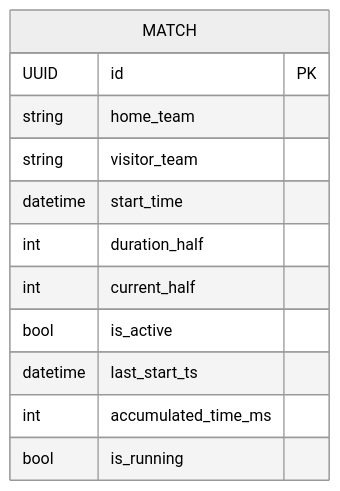
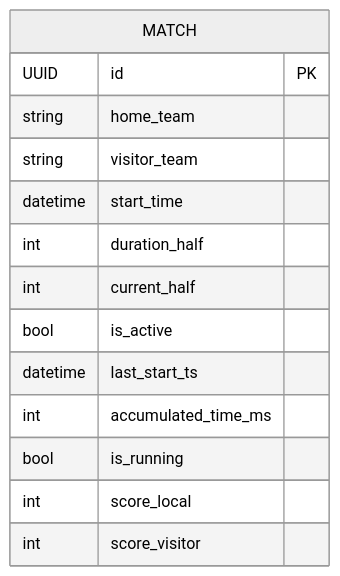
Before and after one commit to dsd17-ua/GAIA-Template: the diagram in specs/DataModel.md, drawn with Mermaid (neutral theme). The commit also changed 14 other files, not shown here.

````diff
--- a/specs/DataModel.md
+++ b/specs/DataModel.md
@@ -5,15 +5,17 @@
 ```mermaid
 erDiagram
     MATCH {
         UUID id PK
         string home_team
         string visitor_team
         datetime start_time
         int duration_half
         int current_half
         bool is_active
         datetime last_start_ts
         int accumulated_time_ms
         bool is_running
+        int score_local
+        int score_visitor
     }
 ```
````
